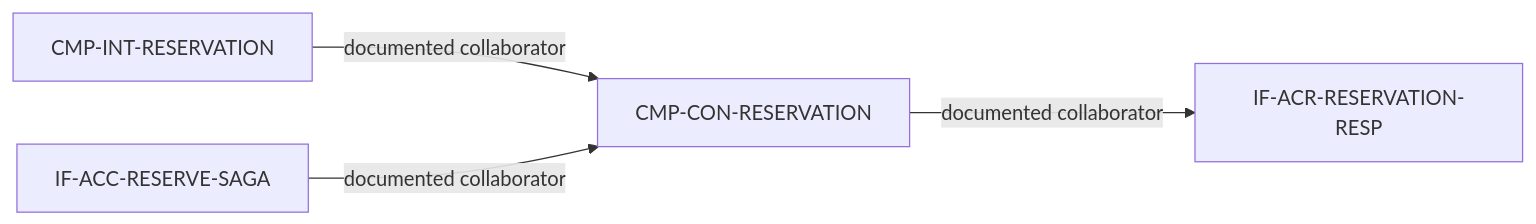
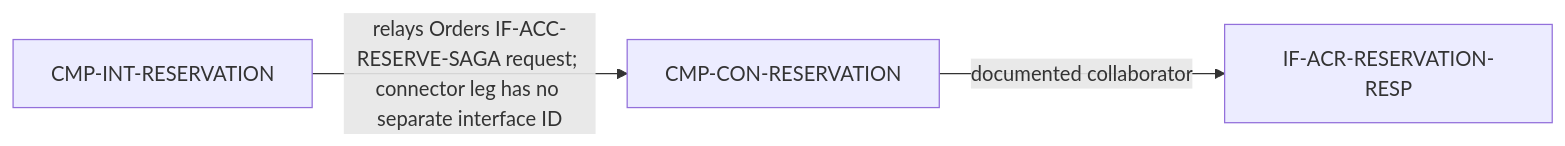
One commit to Emran025/accsystem changed the diagram in acc-architecture/c3-components/CNT-ACR-CONNECTOR/CMP-CON-RESERVATION.md. Above: the diagram before and after it, drawn with Mermaid. The commit also changed other lines of this file and 16 other files, not shown here.

Commit message:
docs(architecture): reconcile seven C3 views to source evidence

````diff
--- a/acc-architecture/c3-components/CNT-ACR-CONNECTOR/CMP-CON-RESERVATION.md
+++ b/acc-architecture/c3-components/CNT-ACR-CONNECTOR/CMP-CON-RESERVATION.md
@@ -29,10 +29,8 @@
 ```mermaid
 flowchart LR
     CMP_CON_RESERVATION["CMP-CON-RESERVATION"]
     CMP_INT_RESERVATION["CMP-INT-RESERVATION"]
-    CMP_INT_RESERVATION -->|documented collaborator| CMP_CON_RESERVATION
-    IF_ACC_RESERVE_SAGA["IF-ACC-RESERVE-SAGA"]
-    IF_ACC_RESERVE_SAGA -->|documented collaborator| CMP_CON_RESERVATION
+    CMP_INT_RESERVATION -->|relays Orders IF-ACC-RESERVE-SAGA request; connector leg has no separate interface ID| CMP_CON_RESERVATION
     IF_ACR_RESERVATION_RESP["IF-ACR-RESERVATION-RESP"]
     CMP_CON_RESERVATION -->|documented collaborator| IF_ACR_RESERVATION_RESP
 ```
````
